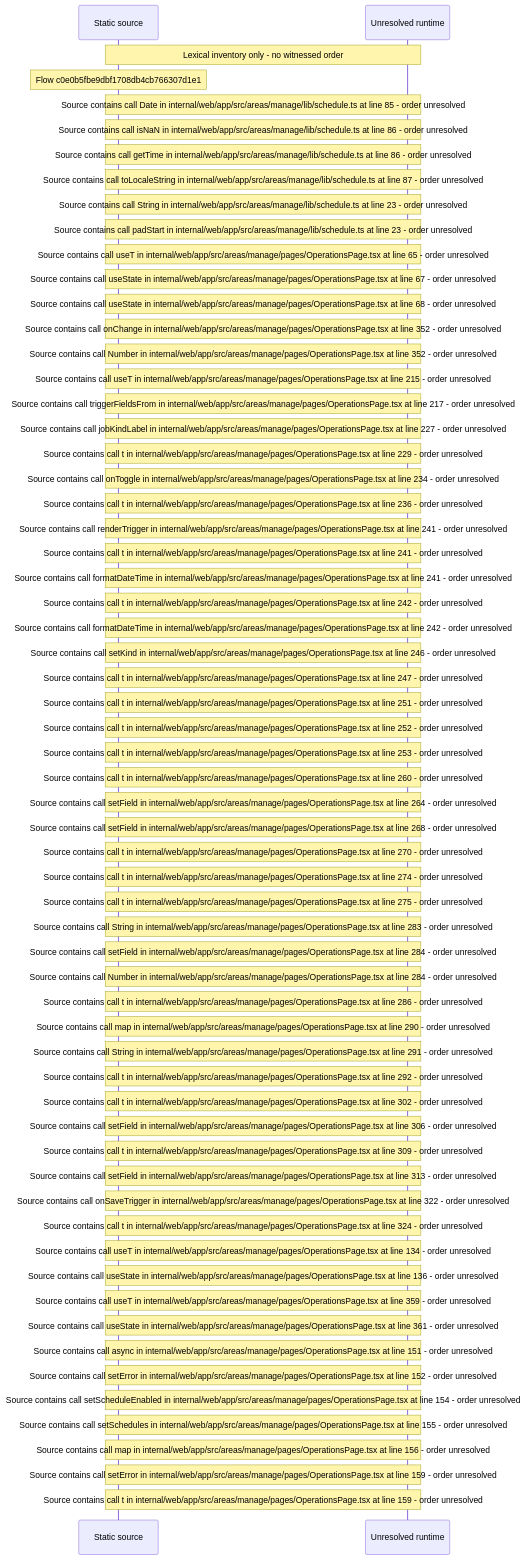
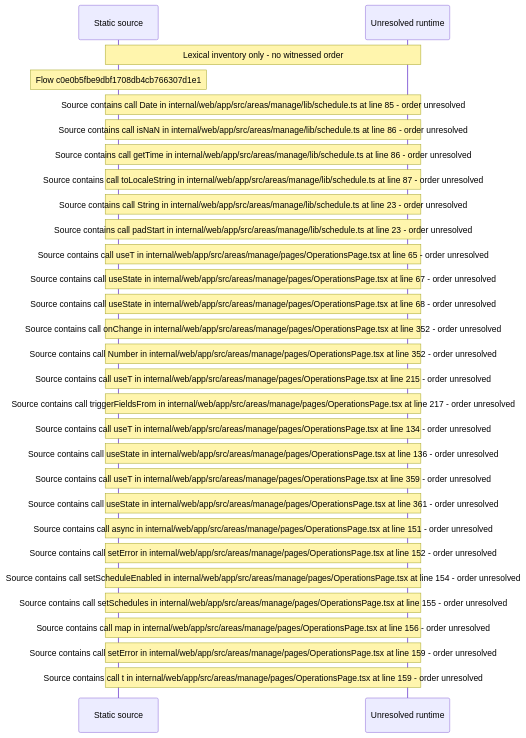
The diagram in docs/web/flows/generated/c0e0b5fbe9dbf1708db4cb766307d1e1/flow-diagram.md (beamfall/core), drawn with Mermaid before and after one commit. The commit also changed other lines of this file and 707 other files, not shown here.

Commit message:
Regenerate the web flow record with flow generator version 6

````diff
--- a/docs/web/flows/generated/c0e0b5fbe9dbf1708db4cb766307d1e1/flow-diagram.md
+++ b/docs/web/flows/generated/c0e0b5fbe9dbf1708db4cb766307d1e1/flow-diagram.md
@@ -10,64 +10,31 @@
 ```mermaid
 sequenceDiagram
     participant S as Static source
     participant U as Unresolved runtime
     Note over S,U: Lexical inventory only - no witnessed order
     Note over S: Flow c0e0b5fbe9dbf1708db4cb766307d1e1
     Note over S,U: Source contains call Date in internal/web/app/src/areas/manage/lib/schedule.ts at line 85 - order unresolved
     Note over S,U: Source contains call isNaN in internal/web/app/src/areas/manage/lib/schedule.ts at line 86 - order unresolved
     Note over S,U: Source contains call getTime in internal/web/app/src/areas/manage/lib/schedule.ts at line 86 - order unresolved
     Note over S,U: Source contains call toLocaleString in internal/web/app/src/areas/manage/lib/schedule.ts at line 87 - order unresolved
     Note over S,U: Source contains call String in internal/web/app/src/areas/manage/lib/schedule.ts at line 23 - order unresolved
     Note over S,U: Source contains call padStart in internal/web/app/src/areas/manage/lib/schedule.ts at line 23 - order unresolved
     Note over S,U: Source contains call useT in internal/web/app/src/areas/manage/pages/OperationsPage.tsx at line 65 - order unresolved
     Note over S,U: Source contains call useState in internal/web/app/src/areas/manage/pages/OperationsPage.tsx at line 67 - order unresolved
     Note over S,U: Source contains call useState in internal/web/app/src/areas/manage/pages/OperationsPage.tsx at line 68 - order unresolved
     Note over S,U: Source contains call onChange in internal/web/app/src/areas/manage/pages/OperationsPage.tsx at line 352 - order unresolved
     Note over S,U: Source contains call Number in internal/web/app/src/areas/manage/pages/OperationsPage.tsx at line 352 - order unresolved
     Note over S,U: Source contains call useT in internal/web/app/src/areas/manage/pages/OperationsPage.tsx at line 215 - order unresolved
     Note over S,U: Source contains call triggerFieldsFrom in internal/web/app/src/areas/manage/pages/OperationsPage.tsx at line 217 - order unresolved
-    Note over S,U: Source contains call jobKindLabel in internal/web/app/src/areas/manage/pages/OperationsPage.tsx at line 227 - order unresolved
-    Note over S,U: Source contains call t in internal/web/app/src/areas/manage/pages/OperationsPage.tsx at line 229 - order unresolved
-    Note over S,U: Source contains call onToggle in internal/web/app/src/areas/manage/pages/OperationsPage.tsx at line 234 - order unresolved
-    Note over S,U: Source contains call t in internal/web/app/src/areas/manage/pages/OperationsPage.tsx at line 236 - order unresolved
-    Note over S,U: Source contains call renderTrigger in internal/web/app/src/areas/manage/pages/OperationsPage.tsx at line 241 - order unresolved
-    Note over S,U: Source contains call t in internal/web/app/src/areas/manage/pages/OperationsPage.tsx at line 241 - order unresolved
-    Note over S,U: Source contains call formatDateTime in internal/web/app/src/areas/manage/pages/OperationsPage.tsx at line 241 - order unresolved
-    Note over S,U: Source contains call t in internal/web/app/src/areas/manage/pages/OperationsPage.tsx at line 242 - order unresolved
-    Note over S,U: Source contains call formatDateTime in internal/web/app/src/areas/manage/pages/OperationsPage.tsx at line 242 - order unresolved
-    Note over S,U: Source contains call setKind in internal/web/app/src/areas/manage/pages/OperationsPage.tsx at line 246 - order unresolved
-    Note over S,U: Source contains call t in internal/web/app/src/areas/manage/pages/OperationsPage.tsx at line 247 - order unresolved
-    Note over S,U: Source contains call t in internal/web/app/src/areas/manage/pages/OperationsPage.tsx at line 251 - order unresolved
-    Note over S,U: Source contains call t in internal/web/app/src/areas/manage/pages/OperationsPage.tsx at line 252 - order unresolved
-    Note over S,U: Source contains call t in internal/web/app/src/areas/manage/pages/OperationsPage.tsx at line 253 - order unresolved
-    Note over S,U: Source contains call t in internal/web/app/src/areas/manage/pages/OperationsPage.tsx at line 260 - order unresolved
-    Note over S,U: Source contains call setField in internal/web/app/src/areas/manage/pages/OperationsPage.tsx at line 264 - order unresolved
-    Note over S,U: Source contains call setField in internal/web/app/src/areas/manage/pages/OperationsPage.tsx at line 268 - order unresolved
-    Note over S,U: Source contains call t in internal/web/app/src/areas/manage/pages/OperationsPage.tsx at line 270 - order unresolved
-    Note over S,U: Source contains call t in internal/web/app/src/areas/manage/pages/OperationsPage.tsx at line 274 - order unresolved
-    Note over S,U: Source contains call t in internal/web/app/src/areas/manage/pages/OperationsPage.tsx at line 275 - order unresolved
-    Note over S,U: Source contains call String in internal/web/app/src/areas/manage/pages/OperationsPage.tsx at line 283 - order unresolved
-    Note over S,U: Source contains call setField in internal/web/app/src/areas/manage/pages/OperationsPage.tsx at line 284 - order unresolved
-    Note over S,U: Source contains call Number in internal/web/app/src/areas/manage/pages/OperationsPage.tsx at line 284 - order unresolved
-    Note over S,U: Source contains call t in internal/web/app/src/areas/manage/pages/OperationsPage.tsx at line 286 - order unresolved
-    Note over S,U: Source contains call map in internal/web/app/src/areas/manage/pages/OperationsPage.tsx at line 290 - order unresolved
-    Note over S,U: Source contains call String in internal/web/app/src/areas/manage/pages/OperationsPage.tsx at line 291 - order unresolved
-    Note over S,U: Source contains call t in internal/web/app/src/areas/manage/pages/OperationsPage.tsx at line 292 - order unresolved
-    Note over S,U: Source contains call t in internal/web/app/src/areas/manage/pages/OperationsPage.tsx at line 302 - order unresolved
-    Note over S,U: Source contains call setField in internal/web/app/src/areas/manage/pages/OperationsPage.tsx at line 306 - order unresolved
-    Note over S,U: Source contains call t in internal/web/app/src/areas/manage/pages/OperationsPage.tsx at line 309 - order unresolved
-    Note over S,U: Source contains call setField in internal/web/app/src/areas/manage/pages/OperationsPage.tsx at line 313 - order unresolved
-    Note over S,U: Source contains call onSaveTrigger in internal/web/app/src/areas/manage/pages/OperationsPage.tsx at line 322 - order unresolved
-    Note over S,U: Source contains call t in internal/web/app/src/areas/manage/pages/OperationsPage.tsx at line 324 - order unresolved
     Note over S,U: Source contains call useT in internal/web/app/src/areas/manage/pages/OperationsPage.tsx at line 134 - order unresolved
     Note over S,U: Source contains call useState in internal/web/app/src/areas/manage/pages/OperationsPage.tsx at line 136 - order unresolved
     Note over S,U: Source contains call useT in internal/web/app/src/areas/manage/pages/OperationsPage.tsx at line 359 - order unresolved
     Note over S,U: Source contains call useState in internal/web/app/src/areas/manage/pages/OperationsPage.tsx at line 361 - order unresolved
     Note over S,U: Source contains call async in internal/web/app/src/areas/manage/pages/OperationsPage.tsx at line 151 - order unresolved
     Note over S,U: Source contains call setError in internal/web/app/src/areas/manage/pages/OperationsPage.tsx at line 152 - order unresolved
     Note over S,U: Source contains call setScheduleEnabled in internal/web/app/src/areas/manage/pages/OperationsPage.tsx at line 154 - order unresolved
     Note over S,U: Source contains call setSchedules in internal/web/app/src/areas/manage/pages/OperationsPage.tsx at line 155 - order unresolved
     Note over S,U: Source contains call map in internal/web/app/src/areas/manage/pages/OperationsPage.tsx at line 156 - order unresolved
     Note over S,U: Source contains call setError in internal/web/app/src/areas/manage/pages/OperationsPage.tsx at line 159 - order unresolved
     Note over S,U: Source contains call t in internal/web/app/src/areas/manage/pages/OperationsPage.tsx at line 159 - order unresolved
 ```
````
